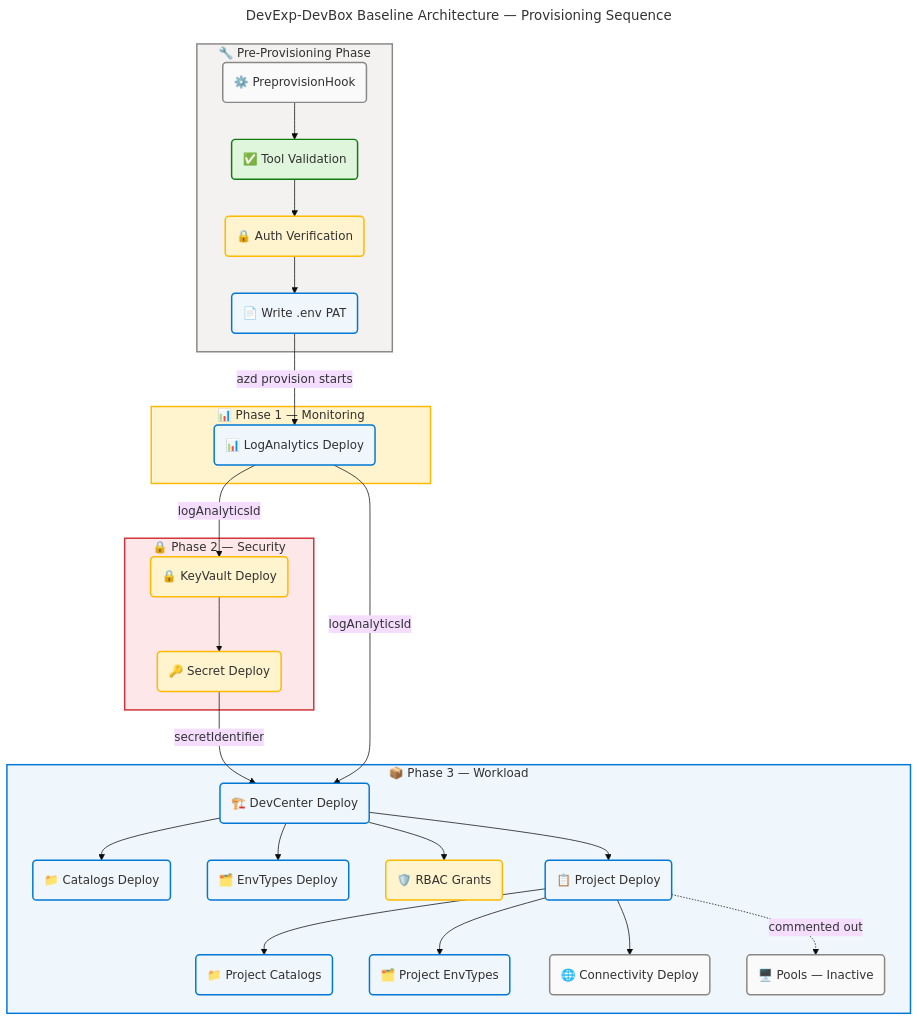
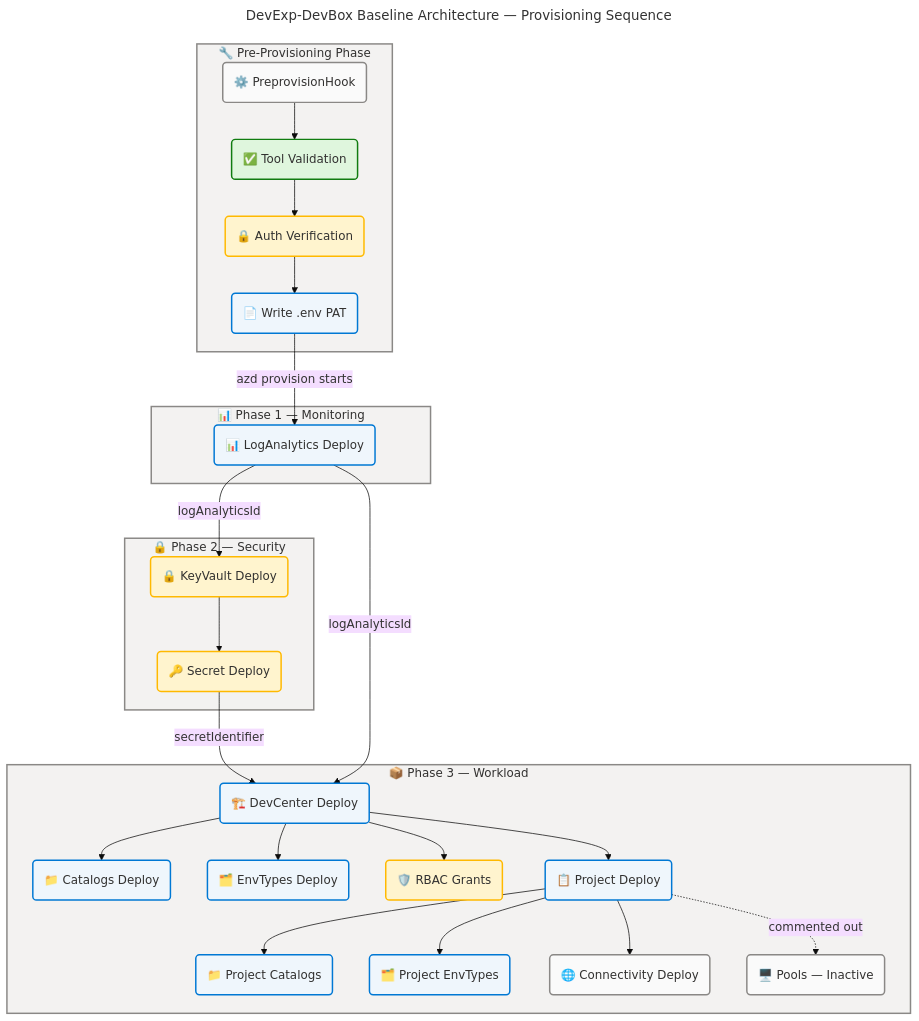
One commit to Evilazaro/DevExp-DevBox changed the fifth of 7 diagrams in docs/architecture/application-architecture.md. Above: the diagram before and after it, drawn with Mermaid. The commit also changed other lines of this file, not shown here.

Commit message:
refactor: Update Mermaid diagram styles for improved visual consistency in application architecture

````diff
--- a/docs/architecture/application-architecture.md
+++ b/docs/architecture/application-architecture.md
@@ -673,82 +673,82 @@
 ```mermaid
 ---
 title: "DevExp-DevBox Baseline Architecture — Provisioning Sequence"
 config:
   theme: base
   look: classic
   layout: dagre
   themeVariables:
     fontSize: '16px'
   flowchart:
     htmlLabels: true
 ---
 flowchart TB
     accTitle: DevExp-DevBox Baseline Architecture - Provisioning Sequence
     accDescr: Shows the sequential ARM deployment chain from pre-provisioning hook through workload tier
 
 %% ═══════════════════════════════════════════════════════════════════════════
 %% AZURE / FLUENT ARCHITECTURE PATTERN v1.1
 %% (Semantic + Structural + Font + Accessibility Governance)
 %% ═══════════════════════════════════════════════════════════════════════════
 %% PHASE 1 - FLUENT UI: All styling uses approved Fluent UI palette only
 %% PHASE 2 - GROUPS: Every subgraph has semantic color via style directive
 %% PHASE 3 - COMPONENTS: Every node has semantic classDef + icon prefix
 %% PHASE 4 - ACCESSIBILITY: accTitle/accDescr present, WCAG AA contrast
 %% PHASE 5 - STANDARD: Governance block present, classDefs centralized
 %% ═══════════════════════════════════════════════════════════════════════════
 
     subgraph PreProv["🔧 Pre-Provisioning Phase"]
         Hook("⚙️ PreprovisionHook"):::neutral
         ToolCheck("✅ Tool Validation"):::success
         AuthCheck("🔒 Auth Verification"):::warning
         WriteEnv("📄 Write .env PAT"):::core
     end
 
     subgraph MonPhase["📊 Phase 1 — Monitoring"]
         LAdepl("📊 LogAnalytics Deploy"):::core
     end
 
     subgraph SecPhase["🔒 Phase 2 — Security"]
         KVdepl("🔒 KeyVault Deploy"):::warning
         SecDepl("🔑 Secret Deploy"):::warning
     end
 
     subgraph WLPhase["📦 Phase 3 — Workload"]
         DCdepl("🏗️ DevCenter Deploy"):::core
         CatDepl("📁 Catalogs Deploy"):::core
         EnvDepl("🗂️ EnvTypes Deploy"):::core
         RBACDepl("🛡️ RBAC Grants"):::warning
         ProjDepl("📋 Project Deploy"):::core
         ProjCatDepl("📁 Project Catalogs"):::core
         ProjEnvDepl("🗂️ Project EnvTypes"):::core
         ConnDepl("🌐 Connectivity Deploy"):::neutral
         PoolDepl("🖥️ Pools — Inactive"):::neutral
     end
 
     Hook --> ToolCheck
     ToolCheck --> AuthCheck
     AuthCheck --> WriteEnv
     WriteEnv -->|"azd provision starts"| LAdepl
     LAdepl -->|"logAnalyticsId"| KVdepl
     KVdepl --> SecDepl
     SecDepl -->|"secretIdentifier"| DCdepl
     LAdepl -->|"logAnalyticsId"| DCdepl
     DCdepl --> CatDepl
     DCdepl --> EnvDepl
     DCdepl --> RBACDepl
     DCdepl --> ProjDepl
     ProjDepl --> ProjCatDepl
     ProjDepl --> ProjEnvDepl
     ProjDepl --> ConnDepl
     ProjDepl -.->|"commented out"| PoolDepl
 
     style PreProv fill:#F3F2F1,stroke:#8A8886,stroke-width:2px,color:#323130
-    style MonPhase fill:#FFF4CE,stroke:#FFB900,stroke-width:2px,color:#323130
-    style SecPhase fill:#FDE7E9,stroke:#D13438,stroke-width:2px,color:#323130
-    style WLPhase fill:#EFF6FC,stroke:#0078D4,stroke-width:2px,color:#323130
+    style MonPhase fill:#F3F2F1,stroke:#8A8886,stroke-width:2px,color:#323130
+    style SecPhase fill:#F3F2F1,stroke:#8A8886,stroke-width:2px,color:#323130
+    style WLPhase fill:#F3F2F1,stroke:#8A8886,stroke-width:2px,color:#323130
 
     classDef neutral fill:#FAFAFA,stroke:#8A8886,stroke-width:2px,color:#323130
     classDef core fill:#EFF6FC,stroke:#0078D4,stroke-width:2px,color:#323130
     classDef success fill:#DFF6DD,stroke:#107C10,stroke-width:2px,color:#323130
     classDef warning fill:#FFF4CE,stroke:#FFB900,stroke-width:2px,color:#323130
 ```
````
